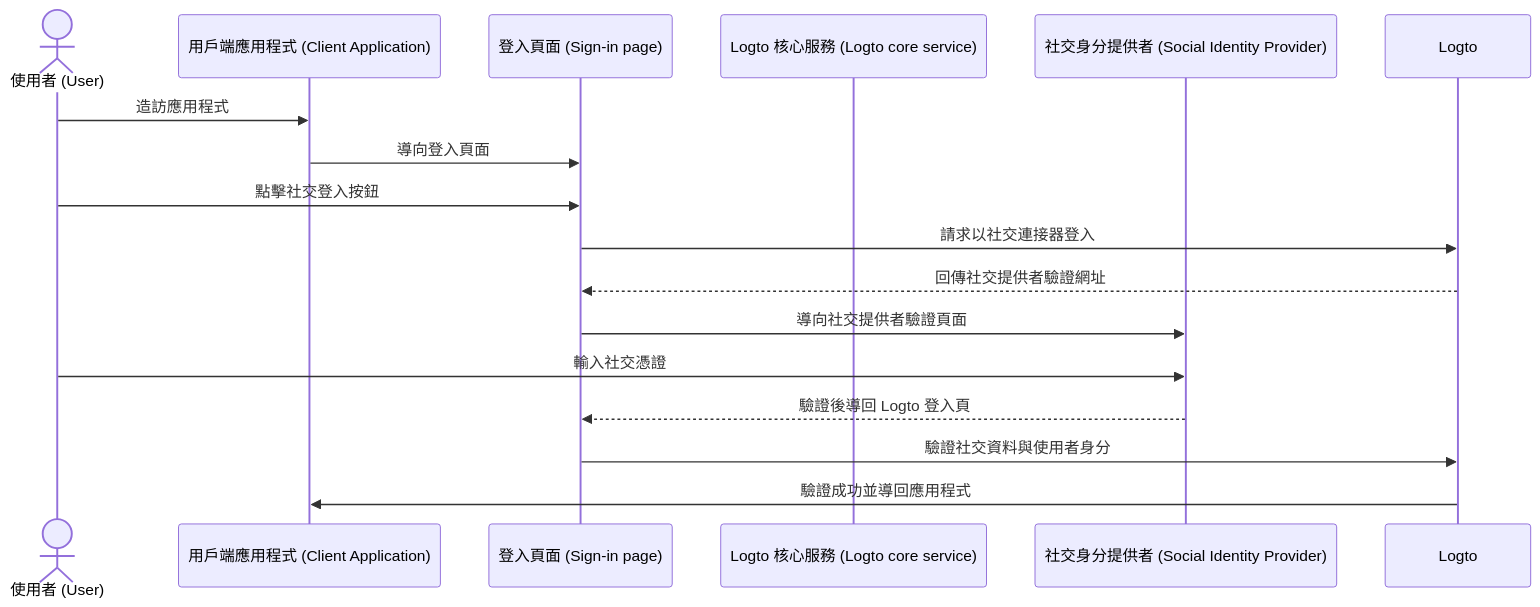
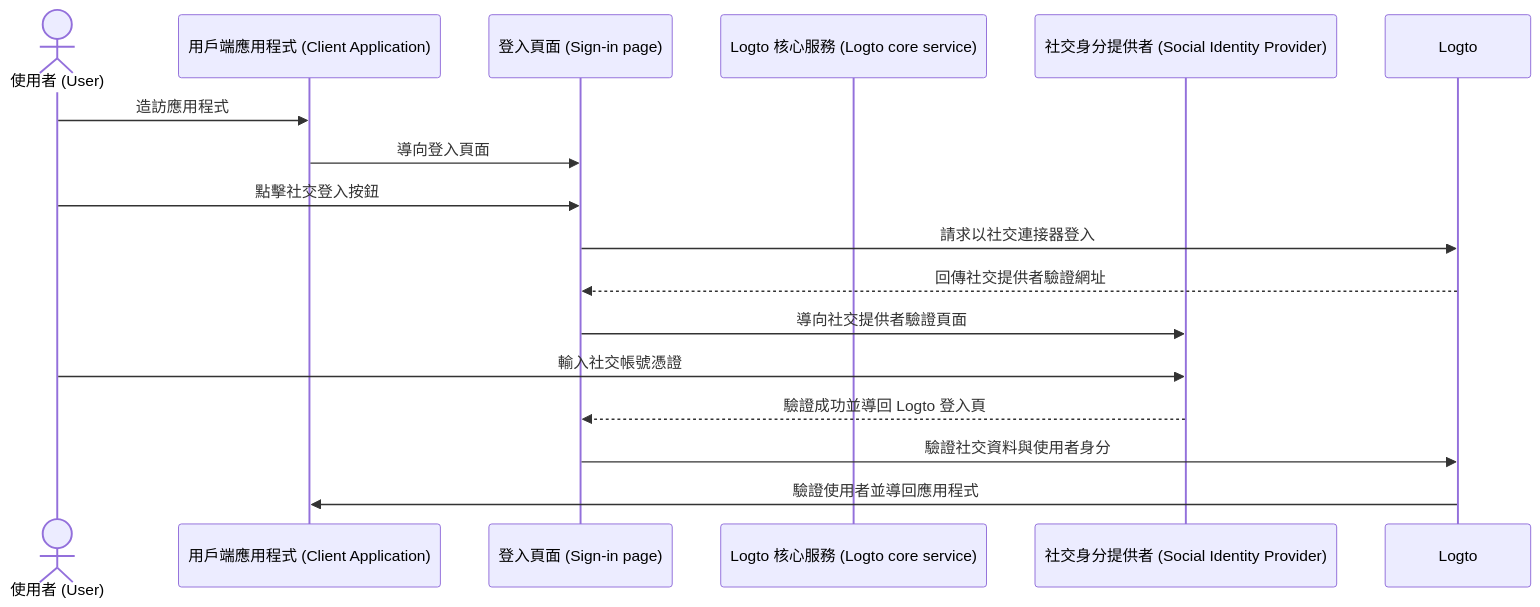
The first of 6 diagrams in i18n/zh-TW/docusaurus-plugin-content-docs/current/end-user-flows/sign-up-and-sign-in/social-sign-in.mdx (logto-io/docs), drawn with Mermaid before and after one commit. The commit also changed other lines of this file and 666 other files, not shown here.

````diff
--- a/i18n/zh-TW/docusaurus-plugin-content-docs/current/end-user-flows/sign-up-and-sign-in/social-sign-in.mdx
+++ b/i18n/zh-TW/docusaurus-plugin-content-docs/current/end-user-flows/sign-up-and-sign-in/social-sign-in.mdx
@@ -36,19 +36,19 @@
 ```mermaid
 sequenceDiagram
     actor user as 使用者 (User)
     participant app as 用戶端應用程式 (Client Application)
     participant experience as 登入頁面 (Sign-in page)
     participant logto as Logto 核心服務 (Logto core service)
     participant social as 社交身分提供者 (Social Identity Provider)
 
     user->>app: 造訪應用程式
     app->>experience: 導向登入頁面
     user->>experience: 點擊社交登入按鈕
     experience->>Logto: 請求以社交連接器登入
     Logto-->>experience: 回傳社交提供者驗證網址
     experience->>social: 導向社交提供者驗證頁面
-    user->>social: 輸入社交憑證
-    social-->>experience: 驗證後導回 Logto 登入頁
+    user->>social: 輸入社交帳號憑證
+    social-->>experience: 驗證成功並導回 Logto 登入頁
     experience->>Logto: 驗證社交資料與使用者身分
-    Logto->>app: 驗證成功並導回應用程式
+    Logto->>app: 驗證使用者並導回應用程式
 ```
````
